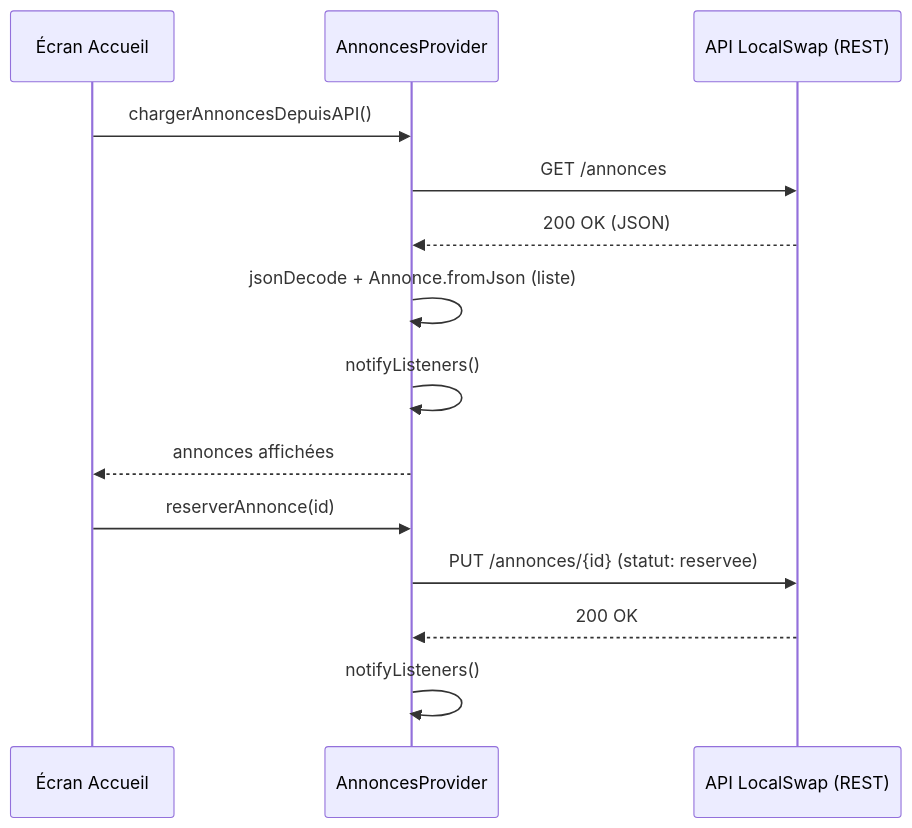
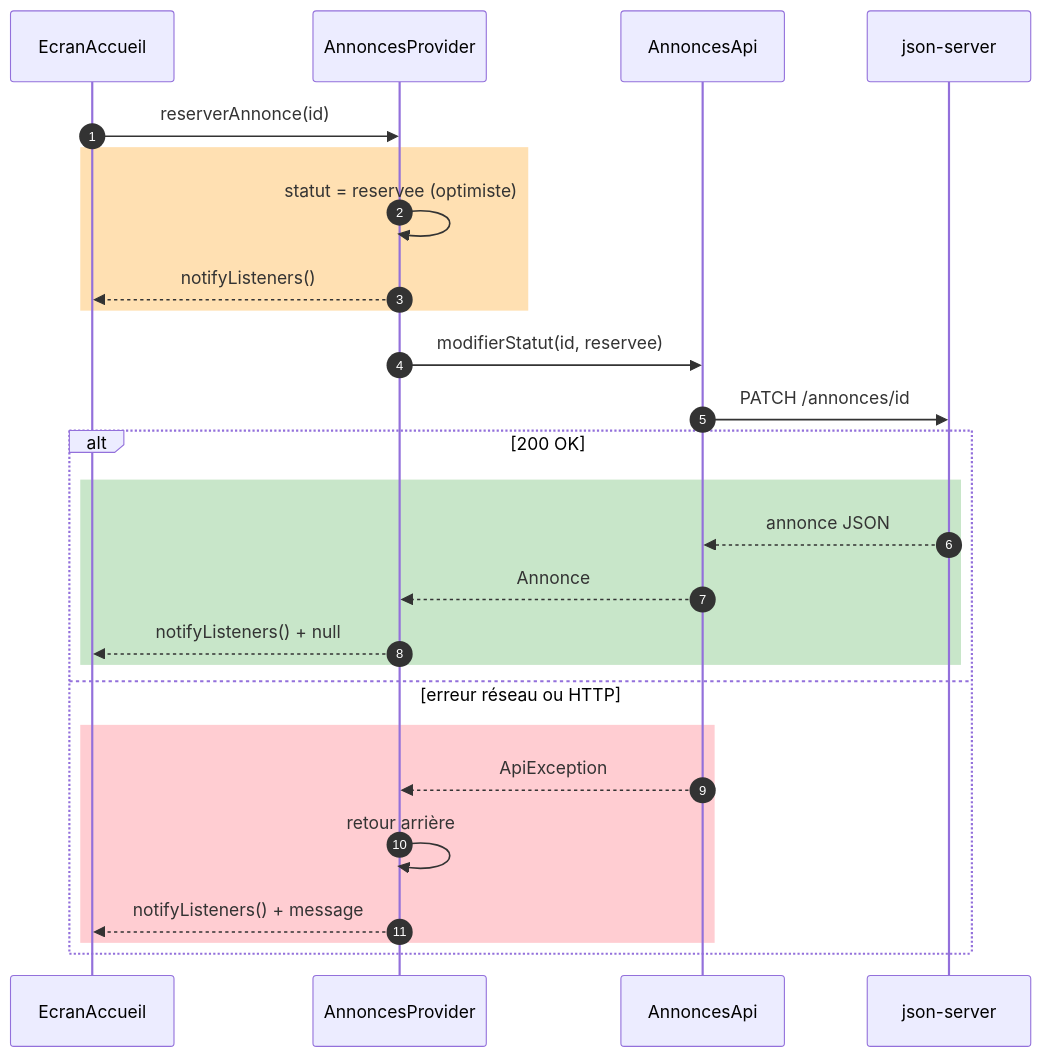
Before and after one commit to hajjiBel/flutter_2026: the second of 2 diagrams in TP8_HTTP_JSON.md, drawn with Mermaid. The commit also changed other lines of this file, not shown here.

First line of the commit message:
TP8 : refonte de l'énoncé (couche API testable, codes HTTP, cleartext, optimiste, partie anti-IA)

````diff
--- a/TP8_HTTP_JSON.md
+++ b/TP8_HTTP_JSON.md
@@ -30,18 +104,28 @@
 ```mermaid
 sequenceDiagram
-    participant UI as Écran Accueil
+    autonumber
+    participant UI as EcranAccueil
     participant P as AnnoncesProvider
-    participant API as API LocalSwap (REST)
-
-    UI->>P: chargerAnnoncesDepuisAPI()
-    P->>API: GET /annonces
-    API-->>P: 200 OK (JSON)
-    P->>P: jsonDecode + Annonce.fromJson (liste)
-    P->>P: notifyListeners()
-    P-->>UI: annonces affichées
-
+    participant API as AnnoncesApi
+    participant S as json-server
     UI->>P: reserverAnnonce(id)
-    P->>API: PUT /annonces/{id} (statut: reservee)
-    API-->>P: 200 OK
-    P->>P: notifyListeners()
+    rect rgb(255, 224, 178)
+    P->>P: statut = reservee (optimiste)
+    P-->>UI: notifyListeners()
+    end
+    P->>API: modifierStatut(id, reservee)
+    API->>S: PATCH /annonces/id
+    alt 200 OK
+        rect rgb(200, 230, 201)
+        S-->>API: annonce JSON
+        API-->>P: Annonce
+        P-->>UI: notifyListeners() + null
+        end
+    else erreur réseau ou HTTP
+        rect rgb(255, 205, 210)
+        API-->>P: ApiException
+        P->>P: retour arrière
+        P-->>UI: notifyListeners() + message
+        end
+    end
 ```
````
